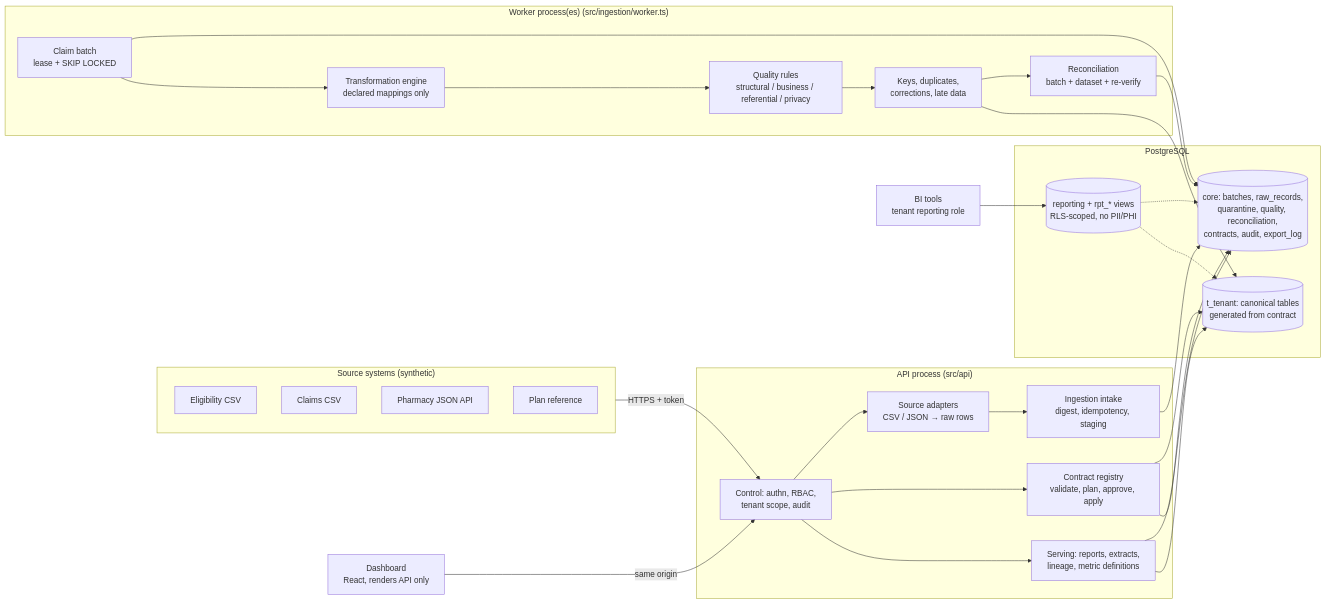
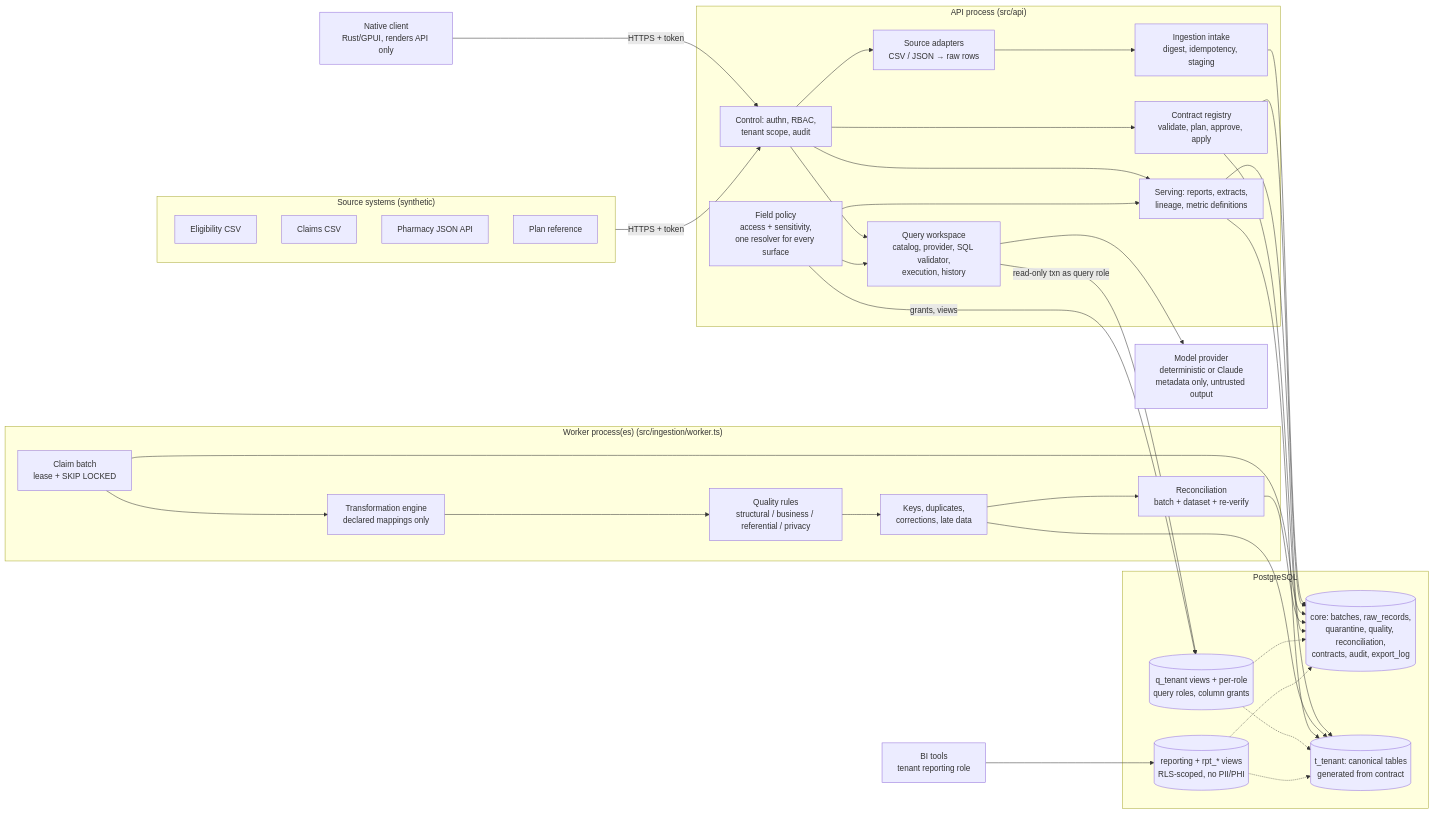
One commit to rkendel1/clearline changed the diagram in docs/architecture.md. Above: the diagram before and after it, drawn with Mermaid. The commit also changed other lines of this file and 18 other files, not shown here.

First line of the commit message:
Docs: query workspace, field policy, native client, threat model, benchmarks

````diff
--- a/docs/architecture.md
+++ b/docs/architecture.md
@@ -9,48 +9,59 @@
 ```mermaid
 flowchart LR
   subgraph Sources["Source systems (synthetic)"]
     S1[Eligibility CSV]
     S2[Claims CSV]
     S3[Pharmacy JSON API]
     S4[Plan reference]
   end
 
   subgraph API["API process (src/api)"]
     AUTH[Control: authn, RBAC,<br/>tenant scope, audit]
     ADAPT[Source adapters<br/>CSV / JSON → raw rows]
     INTAKE[Ingestion intake<br/>digest, idempotency, staging]
     REG[Contract registry<br/>validate, plan, approve, apply]
     SERVE[Serving: reports, extracts,<br/>lineage, metric definitions]
+    QRY[Query workspace<br/>catalog, provider, SQL validator,<br/>execution, history]
+    POL[Field policy<br/>access + sensitivity,<br/>one resolver for every surface]
   end
+  LLM[Model provider<br/>deterministic or Claude<br/>metadata only, untrusted output]
 
   subgraph WORKER["Worker process(es) (src/ingestion/worker.ts)"]
     CLAIM[Claim batch<br/>lease + SKIP LOCKED]
     TRANS[Transformation engine<br/>declared mappings only]
     QUAL[Quality rules<br/>structural / business / referential / privacy]
     KEYS[Keys, duplicates,<br/>corrections, late data]
     RECON[Reconciliation<br/>batch + dataset + re-verify]
   end
 
   subgraph PG["PostgreSQL"]
     CORE[(core: batches, raw_records,<br/>quarantine, quality, reconciliation,<br/>contracts, audit, export_log)]
     TEN[(t_tenant: canonical tables<br/>generated from contract)]
     VIEWS[(reporting + rpt_* views<br/>RLS-scoped, no PII/PHI)]
+    QV[(q_tenant views + per-role<br/>query roles, column grants)]
   end
 
-  DASH[Dashboard<br/>React, renders API only]
+  DASH[Native client<br/>Rust/GPUI, renders API only]
   BI[BI tools<br/>tenant reporting role]
 
   Sources -->|HTTPS + token| AUTH --> ADAPT --> INTAKE --> CORE
   AUTH --> REG --> TEN
   REG --> CORE
   CLAIM --> CORE
   CLAIM --> TRANS --> QUAL --> KEYS --> RECON
   KEYS --> TEN
   RECON --> CORE
   AUTH --> SERVE --> CORE
   SERVE --> TEN
-  DASH -->|same origin| AUTH
+  AUTH --> QRY --> LLM
+  QRY -->|read-only txn as query role| QV
+  QV -.-> TEN
+  QV -.-> CORE
+  POL --> SERVE
+  POL --> QRY
+  POL -->|grants, views| QV
+  DASH -->|HTTPS + token| AUTH
   BI --> VIEWS
   VIEWS -.-> CORE
   VIEWS -.-> TEN
 ```
````
